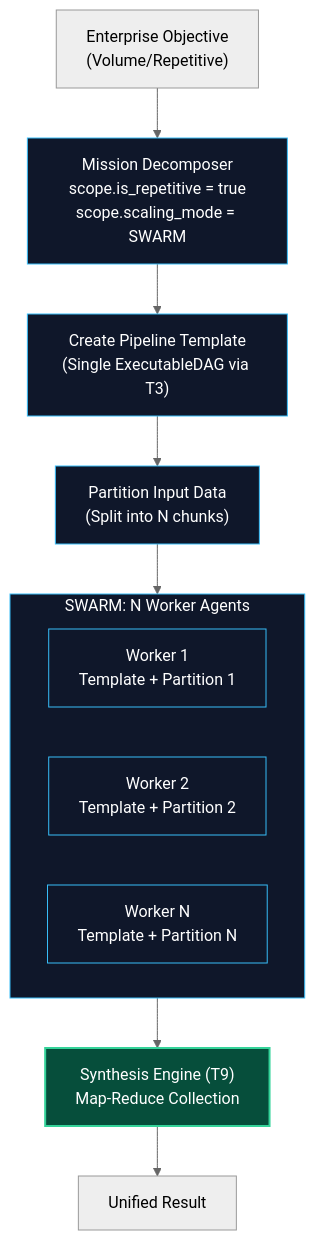
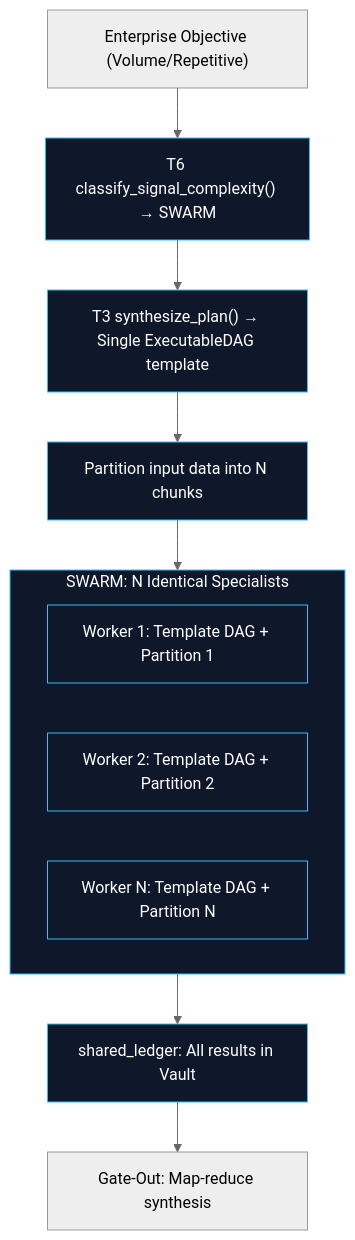
The fourth of 5 diagrams in redesign/tier_8_architecture.md (azzindani/Kea), drawn with Mermaid (neutral theme) before and after one commit. The commit also changed other lines of this file and 1 other file, not shown here.

First line of the commit message:
refactor: consolidate Corporation Kernel from 11 to 5 modules via lower-tier composition

````diff
--- a/redesign/tier_8_architecture.md
+++ b/redesign/tier_8_architecture.md
@@ -1030,27 +790,22 @@
 ```mermaid
 flowchart TB
-    nObjective["Enterprise Objective<br>(Volume/Repetitive)"]
-    nScope["Mission Decomposer<br>scope.is_repetitive = true<br>scope.scaling_mode = SWARM"]
-    nTemplate["Create Pipeline Template<br>(Single ExecutableDAG via T3)"]
-    nPartition["Partition Input Data<br>(Split into N chunks)"]
+    nObjective["Enterprise Objective (Volume/Repetitive)"]
+    nAssess["T6 classify_signal_complexity() → SWARM"]
+    nTemplate["T3 synthesize_plan() → Single ExecutableDAG template"]
+    nPartition["Partition input data into N chunks"]
 
-    subgraph sSwarm["SWARM: N Worker Agents"]
+    subgraph sSwarm["SWARM: N Identical Specialists"]
         direction LR
-        nW1["Worker 1<br>Template + Partition 1"]
-        nW2["Worker 2<br>Template + Partition 2"]
-        nWN["Worker N<br>Template + Partition N"]
+        nW1["Worker 1: Template DAG + Partition 1"]
+        nW2["Worker 2: Template DAG + Partition 2"]
+        nWN["Worker N: Template DAG + Partition N"]
     end
 
-    nReduce["Synthesis Engine (T9)<br>Map-Reduce Collection"]
-    nOutput["Unified Result"]
+    nCollect["shared_ledger: All results in Vault"]
+    nReduce["Gate-Out: Map-reduce synthesis"]
 
-    nObjective --> nScope --> nTemplate --> nPartition
-    nPartition --> sSwarm
-    sSwarm --> nReduce --> nOutput
+    nObjective --> nAssess --> nTemplate --> nPartition --> sSwarm --> nCollect --> nReduce
 
     classDef t8 fill:#0f172a,stroke:#38bdf8,stroke-width:1px,color:#fff
-    classDef t9 fill:#064E3B,stroke:#34D399,stroke-width:2px,color:#fff
-
-    class nScope,nTemplate,nPartition,sSwarm,nW1,nW2,nWN t8
-    class nReduce t9
+    class nAssess,nTemplate,nPartition,sSwarm,nW1,nW2,nWN,nCollect t8
 ```
````
